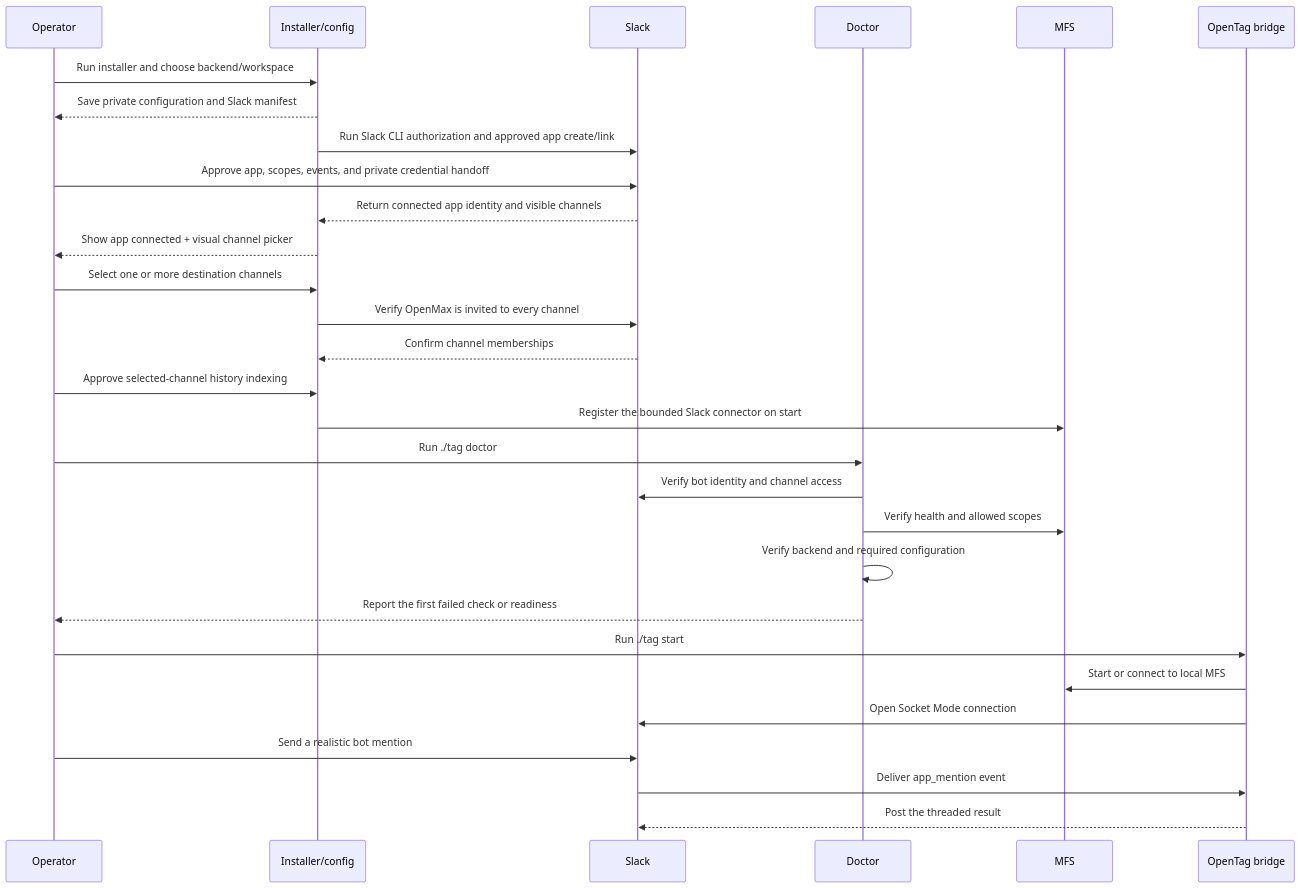
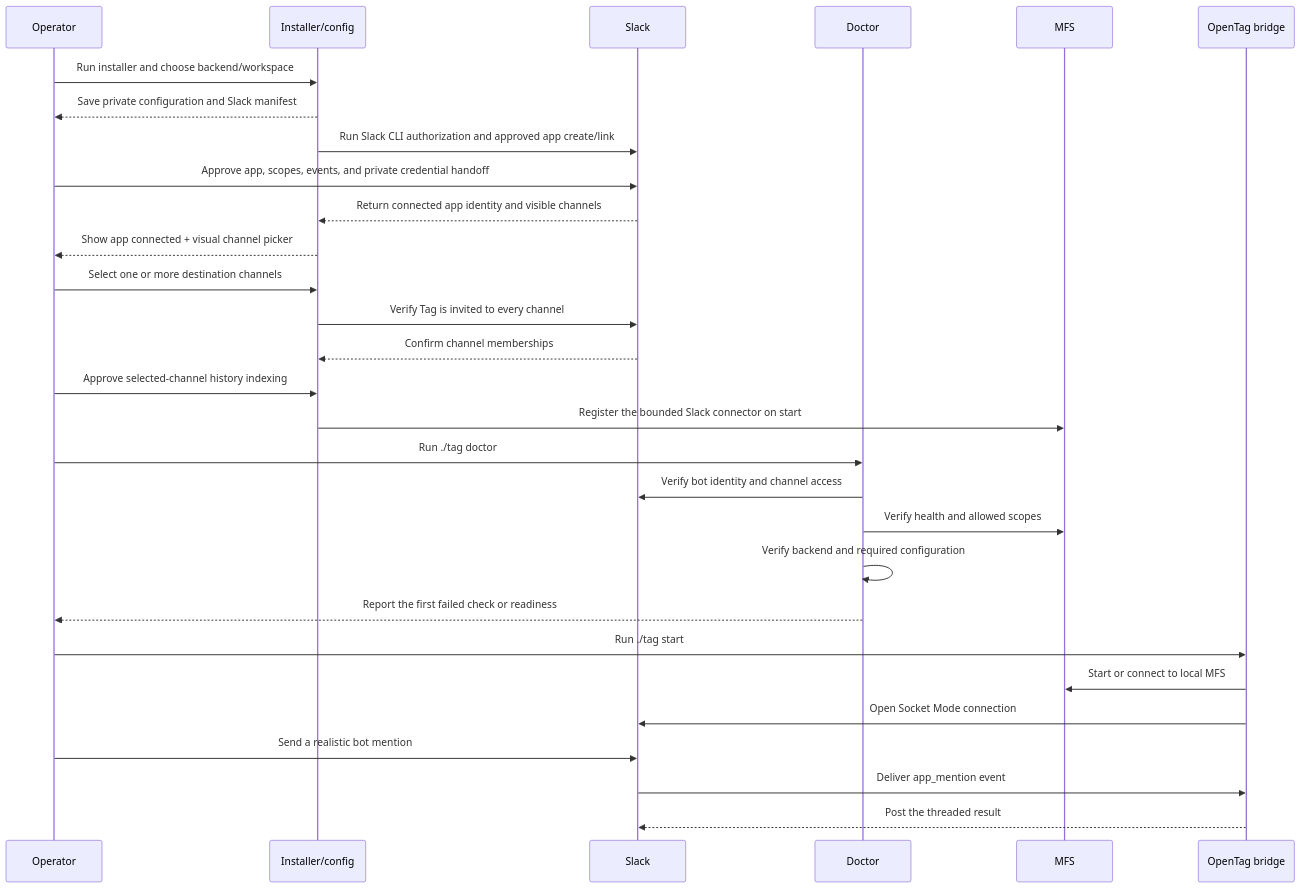
The fourth of 18 diagrams in docs/user-flows.md (klovr-co/hover-tag), drawn with Mermaid before and after one commit. The commit also changed other lines of this file and 17 other files, not shown here.

````diff
--- a/docs/user-flows.md
+++ b/docs/user-flows.md
@@ -168,32 +172,32 @@
 ```mermaid
 sequenceDiagram
     participant O as Operator
     participant I as Installer/config
     participant S as Slack
     participant D as Doctor
     participant M as MFS
     participant B as OpenTag bridge
 
     O->>I: Run installer and choose backend/workspace
     I-->>O: Save private configuration and Slack manifest
     I->>S: Run Slack CLI authorization and approved app create/link
     O->>S: Approve app, scopes, events, and private credential handoff
     S-->>I: Return connected app identity and visible channels
     I-->>O: Show app connected + visual channel picker
     O->>I: Select one or more destination channels
-    I->>S: Verify OpenMax is invited to every channel
+    I->>S: Verify Tag is invited to every channel
     S-->>I: Confirm channel memberships
     O->>I: Approve selected-channel history indexing
     I->>M: Register the bounded Slack connector on start
     O->>D: Run ./tag doctor
     D->>S: Verify bot identity and channel access
     D->>M: Verify health and allowed scopes
     D->>D: Verify backend and required configuration
     D-->>O: Report the first failed check or readiness
     O->>B: Run ./tag start
     B->>M: Start or connect to local MFS
     B->>S: Open Socket Mode connection
     O->>S: Send a realistic bot mention
     S->>B: Deliver app_mention event
     B-->>S: Post the threaded result
 ```
````
